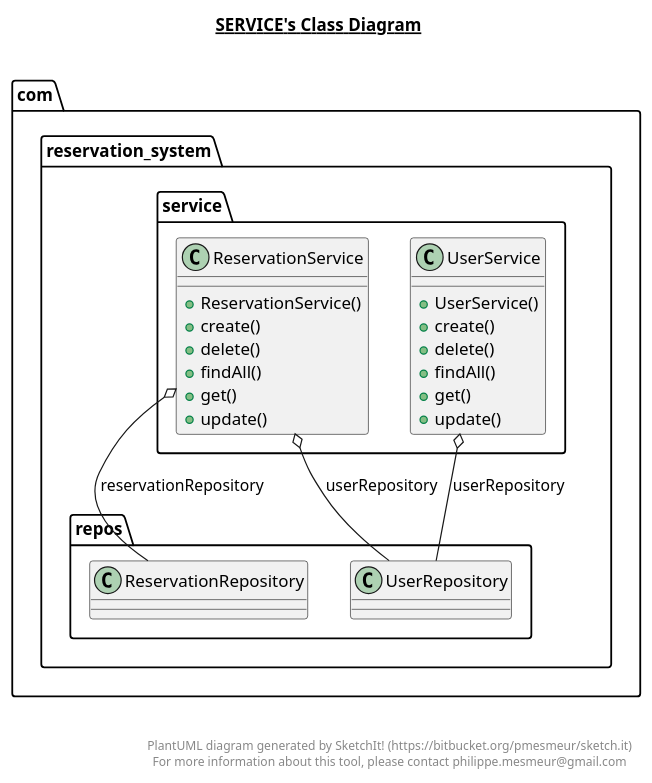
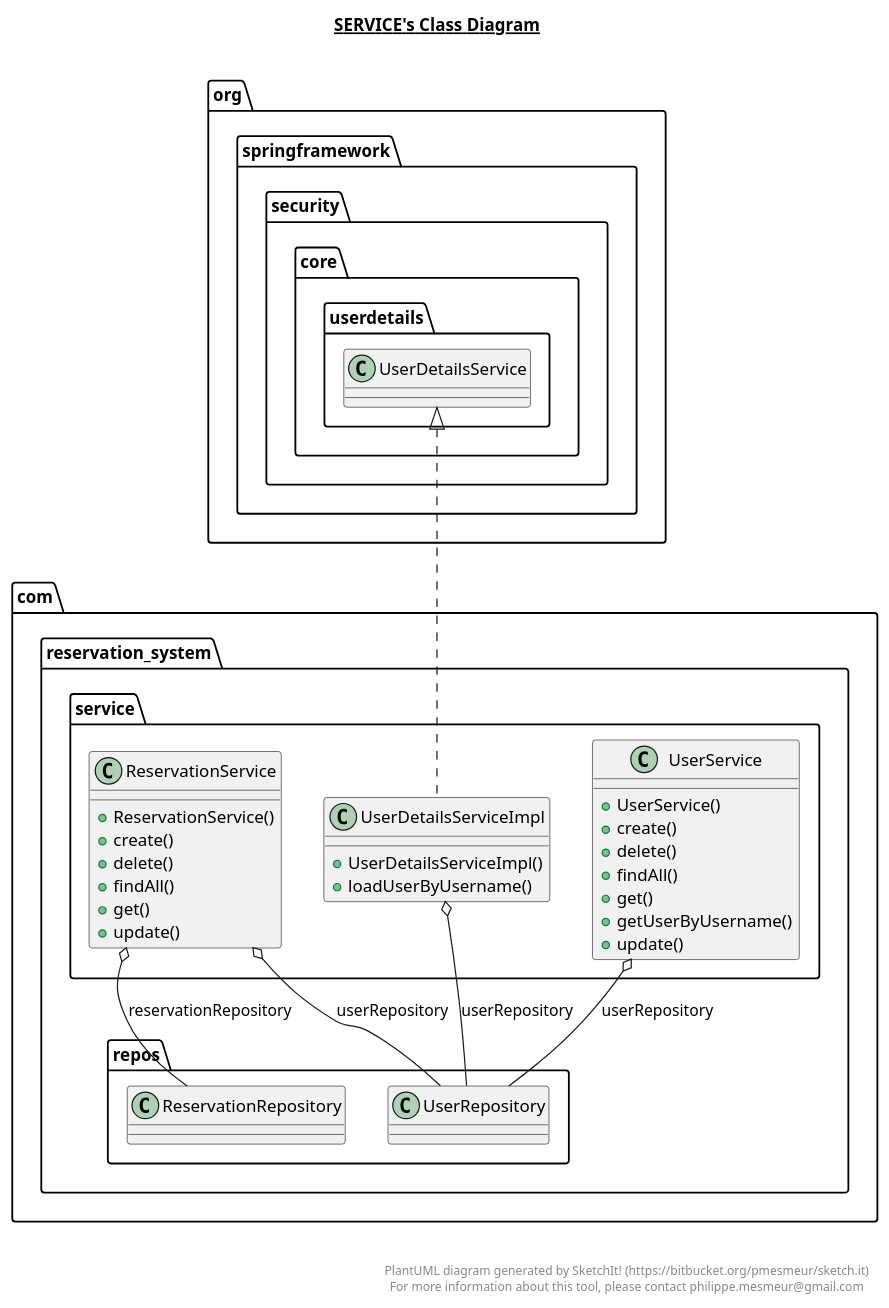
The diagram in src/main/java/com/reservation_system/service/service.plantuml (adam112henry/reservation-system), drawn with PlantUML before and after one commit. The commit also changed 6 other files, not shown here.

Commit message:
updated class diagrams

```diff
--- a/src/main/java/com/reservation_system/service/service.plantuml
+++ b/src/main/java/com/reservation_system/service/service.plantuml
@@ -1,45 +1,58 @@
 @startuml
 
 title __SERVICE's Class Diagram__\n
 
   namespace com.reservation_system {
     namespace service {
       class com.reservation_system.service.ReservationService {
           + ReservationService()
           + create()
           + delete()
           + findAll()
           + get()
           + update()
       }
     }
   }
   
 
   namespace com.reservation_system {
     namespace service {
+      class com.reservation_system.service.UserDetailsServiceImpl {
+          + UserDetailsServiceImpl()
+          + loadUserByUsername()
+      }
+    }
+  }
+  
+
+  namespace com.reservation_system {
+    namespace service {
       class com.reservation_system.service.UserService {
           + UserService()
           + create()
           + delete()
           + findAll()
           + get()
+          + getUserByUsername()
           + update()
       }
     }
   }
   
 
   com.reservation_system.service.ReservationService o-- com.reservation_system.repos.ReservationRepository : reservationRepository
   com.reservation_system.service.ReservationService o-- com.reservation_system.repos.UserRepository : userRepository
+  com.reservation_system.service.UserDetailsServiceImpl .up.|> org.springframework.security.core.userdetails.UserDetailsService
+  com.reservation_system.service.UserDetailsServiceImpl o-- com.reservation_system.repos.UserRepository : userRepository
   com.reservation_system.service.UserService o-- com.reservation_system.repos.UserRepository : userRepository
 
 
 right footer
 
 
 PlantUML diagram generated by SketchIt! (https://bitbucket.org/pmesmeur/sketch.it)
 For more information about this tool, please contact philippe.mesmeur@gmail.com
 endfooter
 
 @enduml
```
